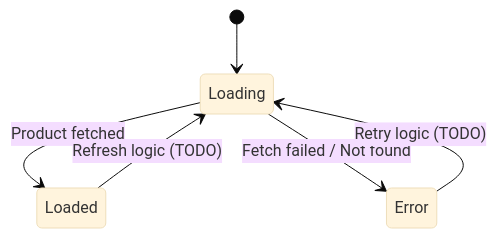
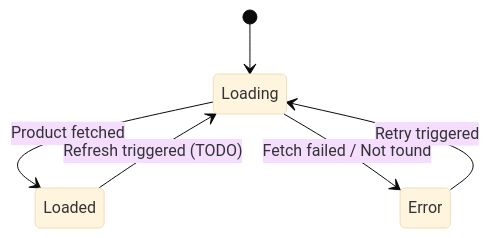
Before and after one commit to aoriani/ecomm-compose-multiplatform: the first of 2 diagrams in client/composeApp/src/commonMain/kotlin/io/aoriani/ecomm/ui/screens/productdetails/dfa.md, drawn with Mermaid (base theme). The commit also changed other lines of this file and 2 other files, not shown here.

````diff
--- a/client/composeApp/src/commonMain/kotlin/io/aoriani/ecomm/ui/screens/productdetails/dfa.md
+++ b/client/composeApp/src/commonMain/kotlin/io/aoriani/ecomm/ui/screens/productdetails/dfa.md
@@ -15,8 +15,8 @@
 ```mermaid
 stateDiagram-v2
     [*] --> Loading
     Loading --> Loaded : Product fetched
     Loading --> Error  : Fetch failed / Not found
-    Error --> Loading  : Retry logic (TODO) 
-    Loaded --> Loading : Refresh logic (TODO)
+    Error --> Loading  : Retry triggered
+    Loaded --> Loading : Refresh triggered (TODO)
 ```
````
